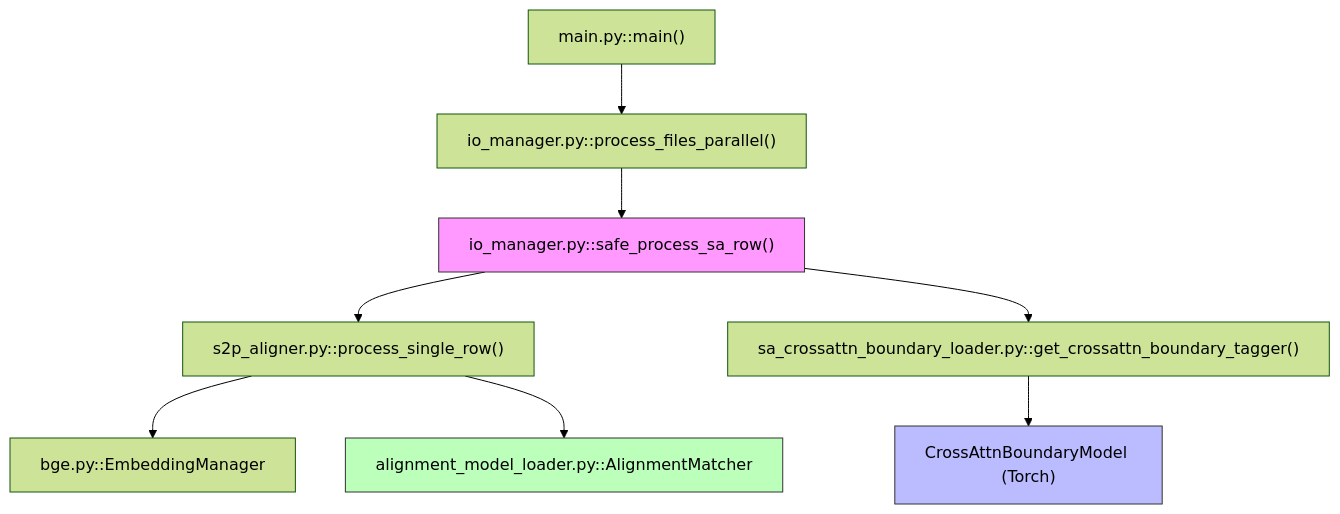
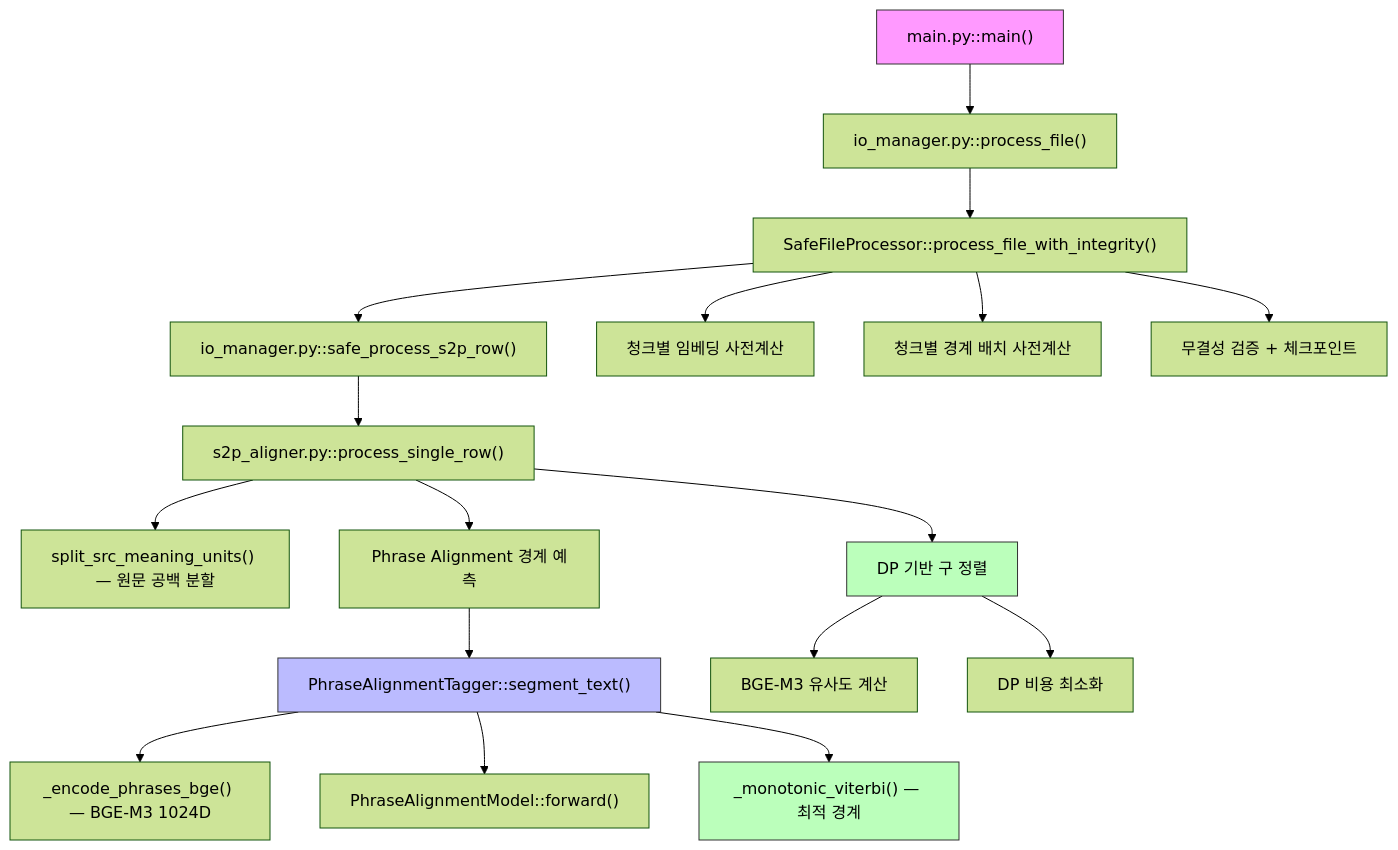
The first of 2 diagrams in docs/S2P_CODE_ANATOMY.md (hw725/CSP), drawn with Mermaid (forest theme) before and after one commit. The commit also changed other lines of this file and 28 other files, not shown here.

````diff
--- a/docs/S2P_CODE_ANATOMY.md
+++ b/docs/S2P_CODE_ANATOMY.md
@@ -10,17 +11,29 @@
 ```mermaid
 graph TD
-    A["main.py::main()"] --> B["io_manager.py::process_files_parallel()"]
-    B --> C["io_manager.py::safe_process_sa_row()"]
+    A["main.py::main()"] --> B["io_manager.py::process_file()"]
+    B --> C["SafeFileProcessor::process_file_with_integrity()"]
+    C --> D["io_manager.py::safe_process_s2p_row()"]
 
-    C --> D["s2p_aligner.py::process_single_row()"]
-    C --> E["sa_crossattn_boundary_loader.py::get_crossattn_boundary_tagger()"]
+    D --> E["s2p_aligner.py::process_single_row()"]
 
-    D --> F["bge.py::EmbeddingManager"]
-    D --> G["alignment_model_loader.py::AlignmentMatcher"]
+    E --> F["split_src_meaning_units() — 원문 공백 분할"]
+    E --> G["Phrase Alignment 경계 예측"]
+    E --> H["DP 기반 구 정렬"]
 
-    E --> E1["CrossAttnBoundaryModel (Torch)"]
+    G --> G1["PhraseAlignmentTagger::segment_text()"]
+    G1 --> G2["_encode_phrases_bge() — BGE-M3 1024D"]
+    G1 --> G3["PhraseAlignmentModel::forward()"]
+    G1 --> G4["_monotonic_viterbi() — 최적 경계"]
 
-    style C fill:#f9f,stroke:#333
-    style E1 fill:#bbf,stroke:#333
-    style G fill:#bfb,stroke:#333
+    H --> H1["BGE-M3 유사도 계산"]
+    H --> H2["DP 비용 최소화"]
+
+    C --> I["청크별 임베딩 사전계산"]
+    C --> J["청크별 경계 배치 사전계산"]
+    C --> K["무결성 검증 + 체크포인트"]
+
+    style A fill:#f9f,stroke:#333
+    style G1 fill:#bbf,stroke:#333
+    style G4 fill:#bfb,stroke:#333
+    style H fill:#bfb,stroke:#333
 ```
````
